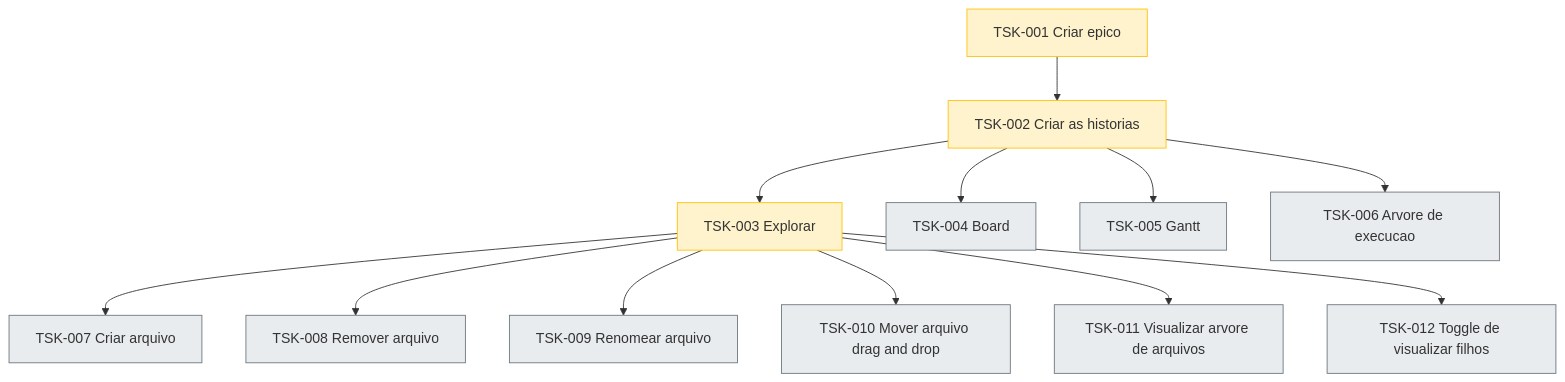
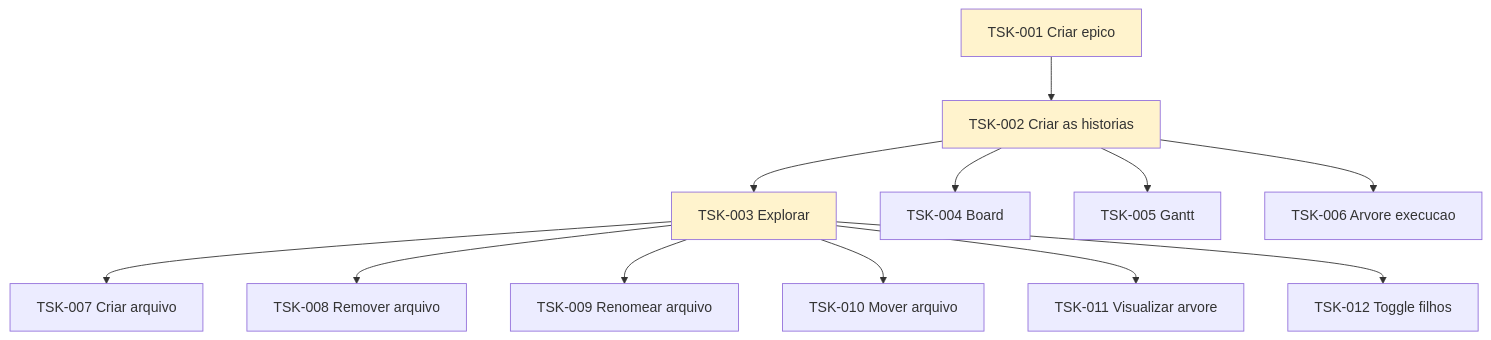
One commit to laerciogermano/workstation changed the diagram in board.md. Above: the diagram before and after it, drawn with Mermaid. The commit also changed 1 other file, not shown here.

Commit message:
Refactor task representation in board and Gantt documentation by standardizing task labels and updating the flowchart format. This enhances clarity and consistency in task descriptions and improves visualization of task relationships.

````diff
--- a/board.md
+++ b/board.md
@@ -25,34 +25,29 @@
 ```mermaid
 flowchart TD
-  T001["TSK-001 Criar epico"]
-  T002["TSK-002 Criar as historias"]
-  T003["TSK-003 Explorar"]
-  T007["TSK-007 Criar arquivo"]
-  T008["TSK-008 Remover arquivo"]
-  T009["TSK-009 Renomear arquivo"]
-  T010["TSK-010 Mover arquivo drag and drop"]
-  T011["TSK-011 Visualizar arvore de arquivos"]
-  T012["TSK-012 Toggle de visualizar filhos"]
-  T004["TSK-004 Board"]
-  T005["TSK-005 Gantt"]
-  T006["TSK-006 Arvore de execucao"]
-
+  T001[TSK-001 Criar epico]
+  T002[TSK-002 Criar as historias]
+  T003[TSK-003 Explorar]
+  T007[TSK-007 Criar arquivo]
+  T008[TSK-008 Remover arquivo]
+  T009[TSK-009 Renomear arquivo]
+  T010[TSK-010 Mover arquivo]
+  T011[TSK-011 Visualizar arvore]
+  T012[TSK-012 Toggle filhos]
+  T004[TSK-004 Board]
+  T005[TSK-005 Gantt]
+  T006[TSK-006 Arvore execucao]
   T001 --> T002
   T002 --> T003
   T003 --> T007
   T003 --> T008
   T003 --> T009
   T003 --> T010
   T003 --> T011
   T003 --> T012
   T002 --> T004
   T002 --> T005
   T002 --> T006
-
-  classDef stDone fill:#d4edda,stroke:#198754
-  classDef stDoing fill:#fff3cd,stroke:#ffc107
-  classDef stTodo fill:#e9ecef,stroke:#6c757d
-
-  class T001,T002,T003 stDoing
-  class T004,T005,T006,T007,T008,T009,T010,T011,T012 stTodo
+  style T001 fill:#fff3cd
+  style T002 fill:#fff3cd
+  style T003 fill:#fff3cd
 ```
````
